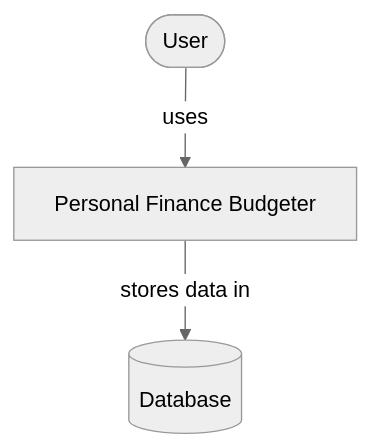
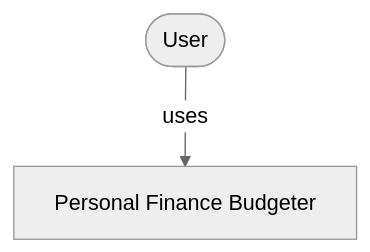
The first of 4 diagrams in README.md (Archacez/cen5064-project-severino), drawn with Mermaid (neutral theme) before and after one commit. The commit also changed other lines of this file, not shown here.

````diff
--- a/README.md
+++ b/README.md
@@ -36,6 +36,5 @@
 ```mermaid
 %% Replace this placeholder with YOUR system's context diagram.
 flowchart TB
     user([User]) -->|uses| system[Personal Finance Budgeter]
-    system -->|stores data in| db[(Database)]
 ```
````
